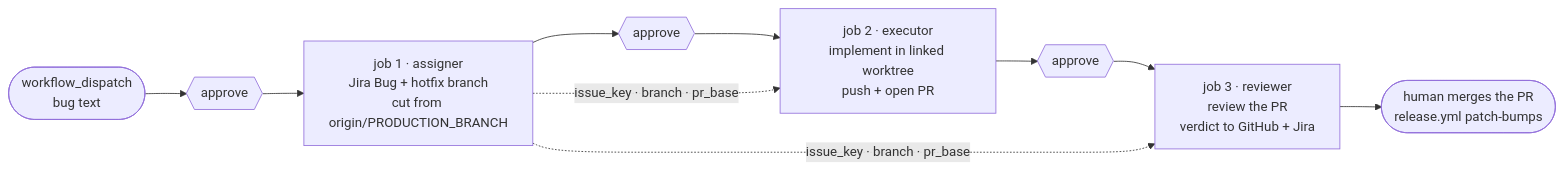
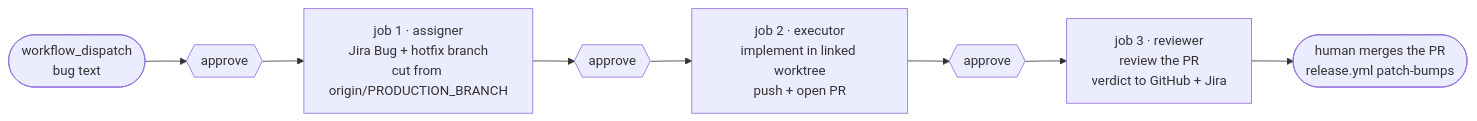
Before and after one commit to kantorv/jira-sdlc-tools: the diagram in plugins/jira-sdlc/docs/applications/ci-hotfix-flow-demo.md, drawn with Mermaid.

Commit message:
JST-183 drop the output-handoff edges from the demo-doc flowchart — the prose above already covers them

````diff
--- a/plugins/jira-sdlc/docs/applications/ci-hotfix-flow-demo.md
+++ b/plugins/jira-sdlc/docs/applications/ci-hotfix-flow-demo.md
@@ -36,12 +36,10 @@
 ```mermaid
 flowchart LR
     D([workflow_dispatch<br>bug text]) --> G1{{approve}}
     G1 --> J1["job 1 · assigner<br>Jira Bug + hotfix branch<br>cut from origin/PRODUCTION_BRANCH"]
     J1 --> G2{{approve}}
     G2 --> J2["job 2 · executor<br>implement in linked worktree<br>push + open PR"]
     J2 --> G3{{approve}}
     G3 --> J3["job 3 · reviewer<br>review the PR<br>verdict to GitHub + Jira"]
     J3 --> H([human merges the PR<br>release.yml patch-bumps])
-    J1 -. "issue_key · branch · pr_base" .-> J2
-    J1 -. "issue_key · branch · pr_base" .-> J3
 ```
````
